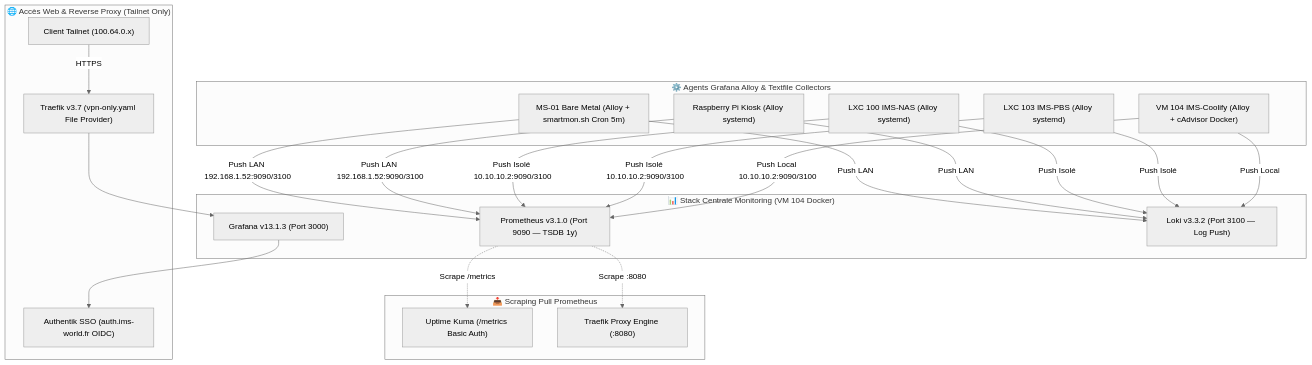
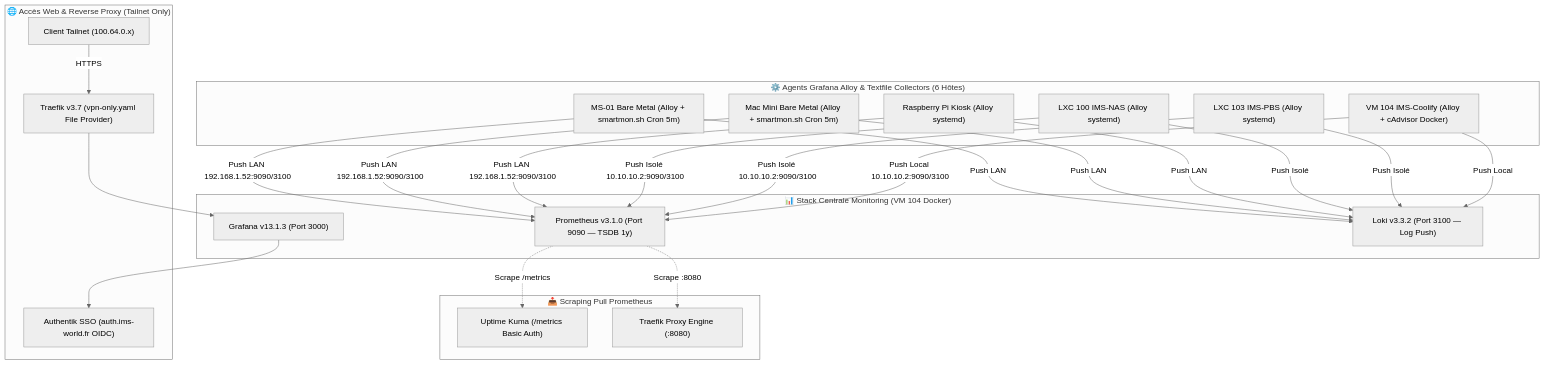
The diagram in services/monitoring.md (ims-world/docs), drawn with Mermaid (neutral theme) before and after one commit. The commit also changed other lines of this file and 3 other files, not shown here.

````diff
--- a/services/monitoring.md
+++ b/services/monitoring.md
@@ -68,49 +68,53 @@
 ```mermaid
 graph TB
     subgraph INGRESS ["🌐 Accès Web & Reverse Proxy (Tailnet Only)"]
         CLIENT_VPN["Client Tailnet (100.64.0.x)"]
         TRAEFIK["Traefik v3.7 (vpn-only.yaml File Provider)"]
         AUTHENTIK["Authentik SSO (auth.ims-world.fr OIDC)"]
     end
 
     subgraph CENTRAL_STACK ["📊 Stack Centrale Monitoring (VM 104 Docker)"]
         GRAFANA["Grafana v13.1.3 (Port 3000)"]
         PROMETHEUS["Prometheus v3.1.0 (Port 9090 — TSDB 1y)"]
         LOKI["Loki v3.3.2 (Port 3100 — Log Push)"]
     end
 
     subgraph SCRAPE_PULL ["📥 Scraping Pull Prometheus"]
         KUMA["Uptime Kuma (/metrics Basic Auth)"]
         TRAEFIK_METRICS["Traefik Proxy Engine (:8080)"]
     end
 
-    subgraph AGENTS ["⚙️ Agents Grafana Alloy & Textfile Collectors"]
+    subgraph AGENTS ["⚙️ Agents Grafana Alloy & Textfile Collectors (6 Hôtes)"]
         MS01_ALLOY["MS-01 Bare Metal (Alloy + smartmon.sh Cron 5m)"]
+        MAC_ALLOY["Mac Mini Bare Metal (Alloy + smartmon.sh Cron 5m)"]
         NAS_ALLOY["LXC 100 IMS-NAS (Alloy systemd)"]
         PBS_ALLOY["LXC 103 IMS-PBS (Alloy systemd)"]
         COOL_ALLOY["VM 104 IMS-Coolify (Alloy + cAdvisor Docker)"]
         RPI_ALLOY["Raspberry Pi Kiosk (Alloy systemd)"]
     end
 
     CLIENT_VPN -->|HTTPS| TRAEFIK
     TRAEFIK --> GRAFANA
     GRAFANA --> AUTHENTIK
 
     MS01_ALLOY -->|Push LAN 192.168.1.52:9090/3100| PROMETHEUS
     MS01_ALLOY -->|Push LAN| LOKI
+
+    MAC_ALLOY -->|Push LAN 192.168.1.52:9090/3100| PROMETHEUS
+    MAC_ALLOY -->|Push LAN| LOKI
 
     RPI_ALLOY -->|Push LAN 192.168.1.52:9090/3100| PROMETHEUS
     RPI_ALLOY -->|Push LAN| LOKI
 
     NAS_ALLOY -->|Push Isolé 10.10.10.2:9090/3100| PROMETHEUS
     NAS_ALLOY -->|Push Isolé| LOKI
 
     PBS_ALLOY -->|Push Isolé 10.10.10.2:9090/3100| PROMETHEUS
     PBS_ALLOY -->|Push Isolé| LOKI
 
     COOL_ALLOY -->|Push Local 10.10.10.2:9090/3100| PROMETHEUS
     COOL_ALLOY -->|Push Local| LOKI
 
     PROMETHEUS -.->|Scrape /metrics| KUMA
     PROMETHEUS -.->|Scrape :8080| TRAEFIK_METRICS
 ```
````
